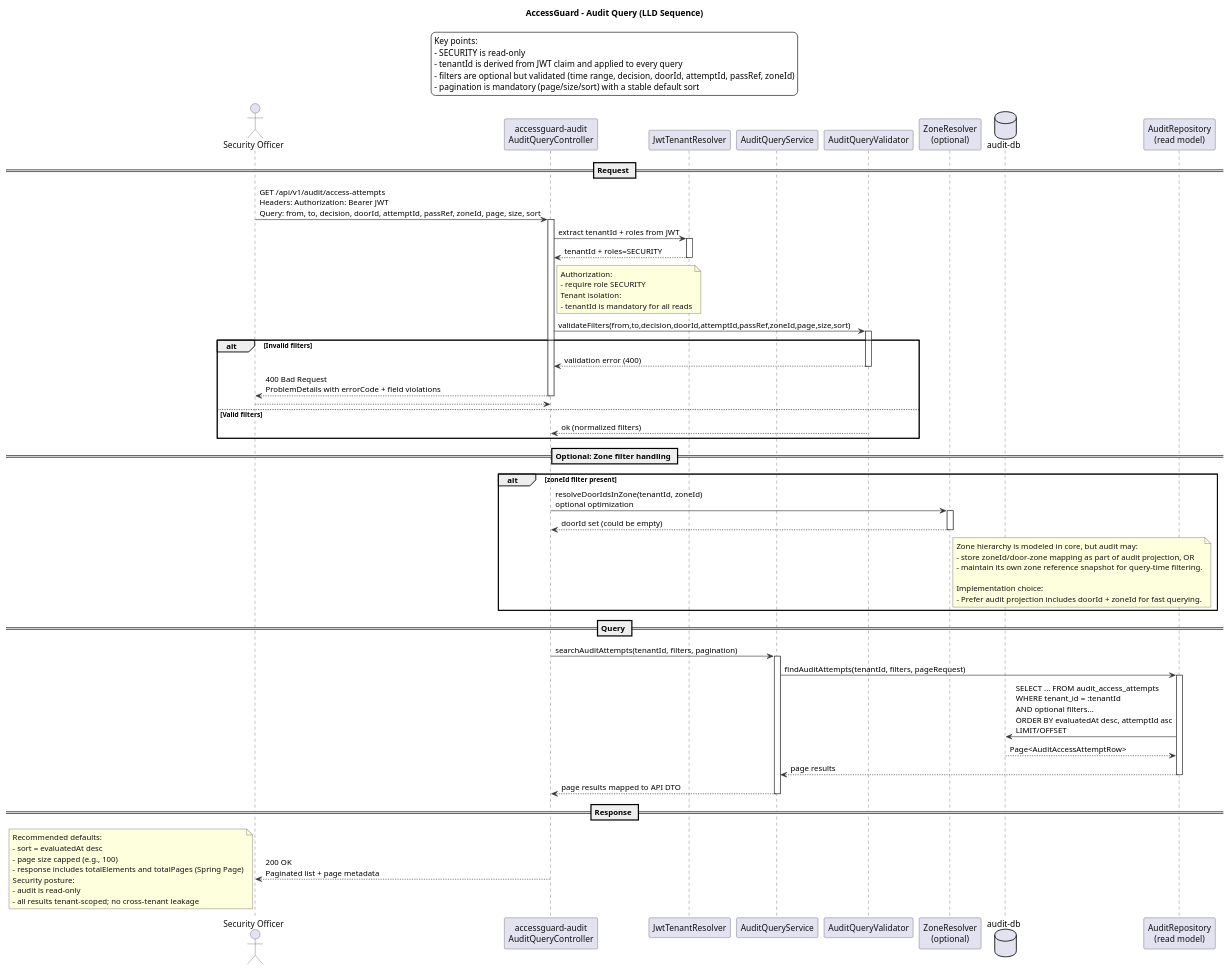
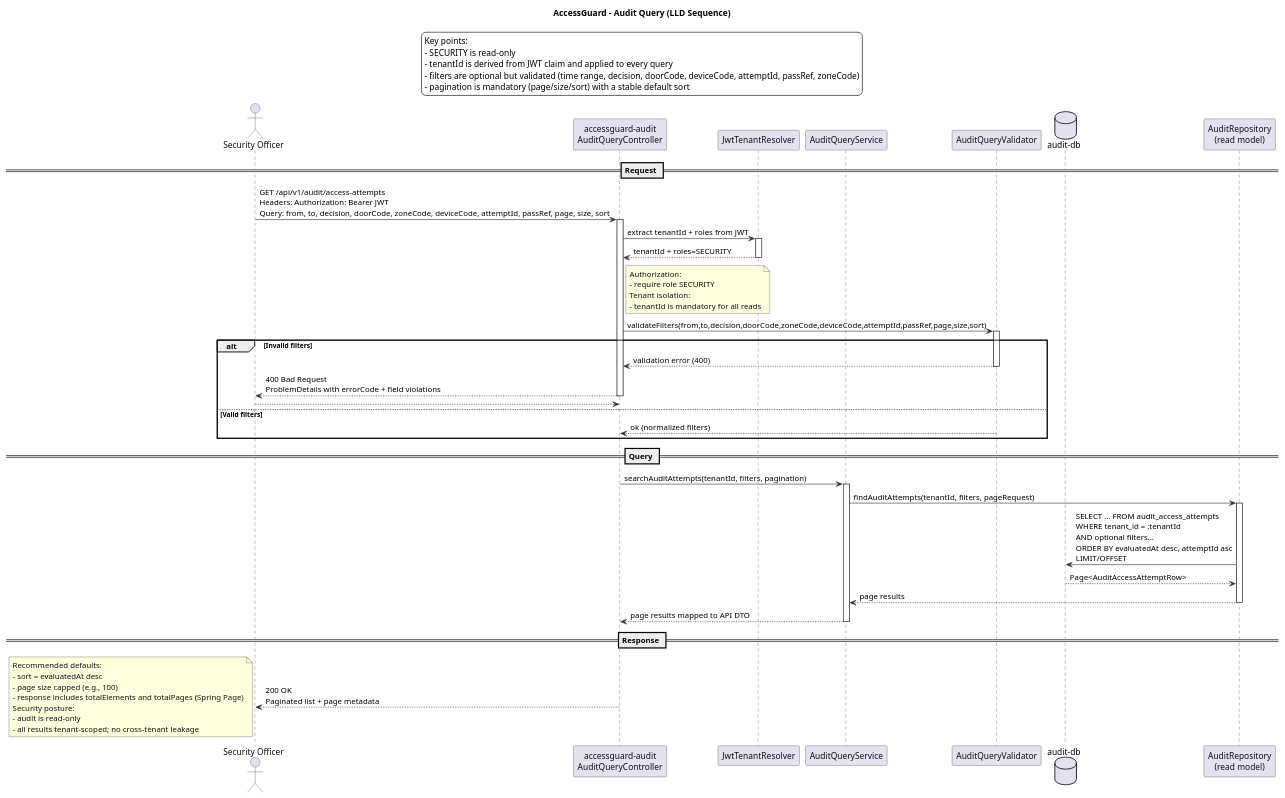
One commit to Pankaj-Singh-Nirmal/accessguard changed the diagram in docs/diagrams/lld/02-audit-query-sequence.puml. Above: the diagram before and after it, drawn with PlantUML. The commit also changed 6 other files, not shown here.

```diff
--- a/docs/diagrams/lld/02-audit-query-sequence.puml
+++ b/docs/diagrams/lld/02-audit-query-sequence.puml
@@ -1,116 +1,97 @@
 @startuml
 title AccessGuard - Audit Query (LLD Sequence)
 
 skinparam backgroundColor white
 skinparam shadowing false
 skinparam sequence {
   ArrowColor #333333
   LifeLineBorderColor #333333
   ParticipantBorderColor #333333
   ParticipantFontColor #111111
   ActorBorderColor #333333
   ActorFontColor #111111
 }
 skinparam note {
   BorderColor #333333
   FontColor #111111
 }
 
 legend top
 Key points:
 - SECURITY is read-only
 - tenantId is derived from JWT claim and applied to every query
-- filters are optional but validated (time range, decision, doorId, attemptId, passRef, zoneId)
+- filters are optional but validated (time range, decision, doorCode, deviceCode, attemptId, passRef, zoneCode)
 - pagination is mandatory (page/size/sort) with a stable default sort
 endlegend
 
 actor "Security Officer" as SO
 participant "accessguard-audit\nAuditQueryController" as QC
 participant "JwtTenantResolver" as JTR
 participant "AuditQueryService" as QS
 participant "AuditQueryValidator" as QV
-participant "ZoneResolver\n(optional)" as ZR
 database "audit-db" as AUDITDB
 participant "AuditRepository\n(read model)" as AR
 
 == Request ==
 
-SO -> QC : GET /api/v1/audit/access-attempts\nHeaders: Authorization: Bearer JWT\nQuery: from, to, decision, doorId, attemptId, passRef, zoneId, page, size, sort
+SO -> QC : GET /api/v1/audit/access-attempts\nHeaders: Authorization: Bearer JWT\nQuery: from, to, decision, doorCode, zoneCode, deviceCode, attemptId, passRef, page, size, sort
 activate QC
 
 QC -> JTR : extract tenantId + roles from JWT
 activate JTR
 JTR --> QC : tenantId + roles=SECURITY
 deactivate JTR
 
 note right of QC
 Authorization:
 - require role SECURITY
 Tenant isolation:
 - tenantId is mandatory for all reads
 end note
 
-QC -> QV : validateFilters(from,to,decision,doorId,attemptId,passRef,zoneId,page,size,sort)
+QC -> QV : validateFilters(from,to,decision,doorCode,zoneCode,deviceCode,attemptId,passRef,page,size,sort)
 activate QV
 
 alt Invalid filters
   QV --> QC : validation error (400)
   deactivate QV
   QC --> SO : 400 Bad Request\nProblemDetails with errorCode + field violations
   deactivate QC
   return
 else Valid filters
   QV --> QC : ok (normalized filters)
   deactivate QV
-end
-
-== Optional: Zone filter handling ==
-
-alt zoneId filter present
-  QC -> ZR : resolveDoorIdsInZone(tenantId, zoneId)\noptional optimization
-  activate ZR
-  ZR --> QC : doorId set (could be empty)
-  deactivate ZR
-
-  note right of ZR
-Zone hierarchy is modeled in core, but audit may:
-- store zoneId/door-zone mapping as part of audit projection, OR
-- maintain its own zone reference snapshot for query-time filtering.
-
-Implementation choice:
-- Prefer audit projection includes doorId + zoneId for fast querying.
-  end note
 end
 
 == Query ==
 
 QC -> QS : searchAuditAttempts(tenantId, filters, pagination)
 activate QS
 
 QS -> AR : findAuditAttempts(tenantId, filters, pageRequest)
 activate AR
 
 AR -> AUDITDB : SELECT ... FROM audit_access_attempts\nWHERE tenant_id = :tenantId\nAND optional filters...\nORDER BY evaluatedAt desc, attemptId asc\nLIMIT/OFFSET
 AUDITDB --> AR : Page<AuditAccessAttemptRow>
 AR --> QS : page results
 deactivate AR
 
 QS --> QC : page results mapped to API DTO
 deactivate QS
 
 == Response ==
 
 QC --> SO : 200 OK\nPaginated list + page metadata
 deactivate QC
 
 note bottom
 Recommended defaults:
 - sort = evaluatedAt desc
 - page size capped (e.g., 100)
 - response includes totalElements and totalPages (Spring Page)
 Security posture:
 - audit is read-only
 - all results tenant-scoped; no cross-tenant leakage
 end note
 
 @enduml
```
